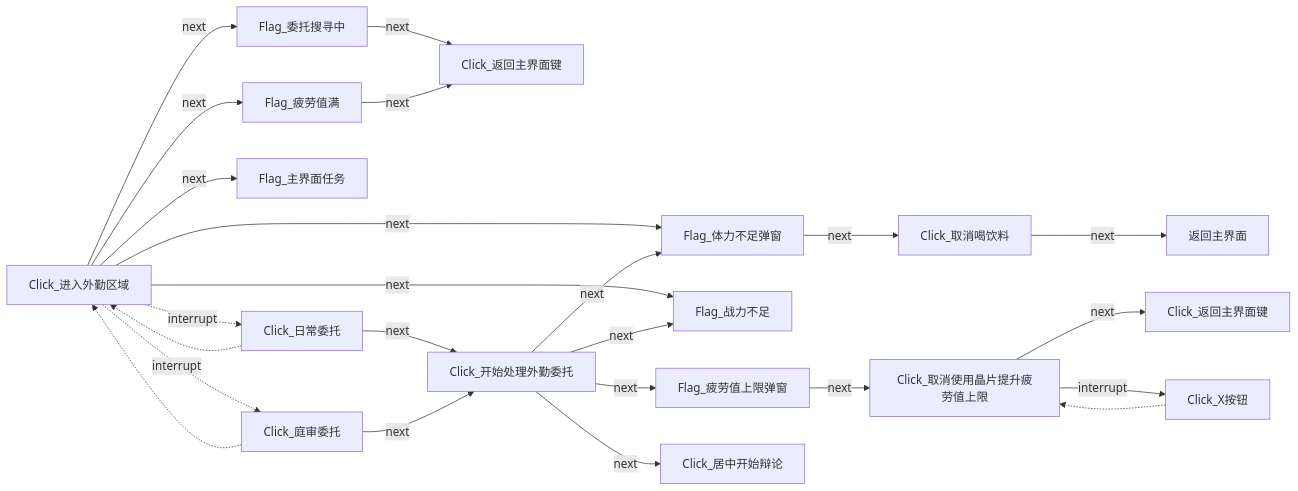
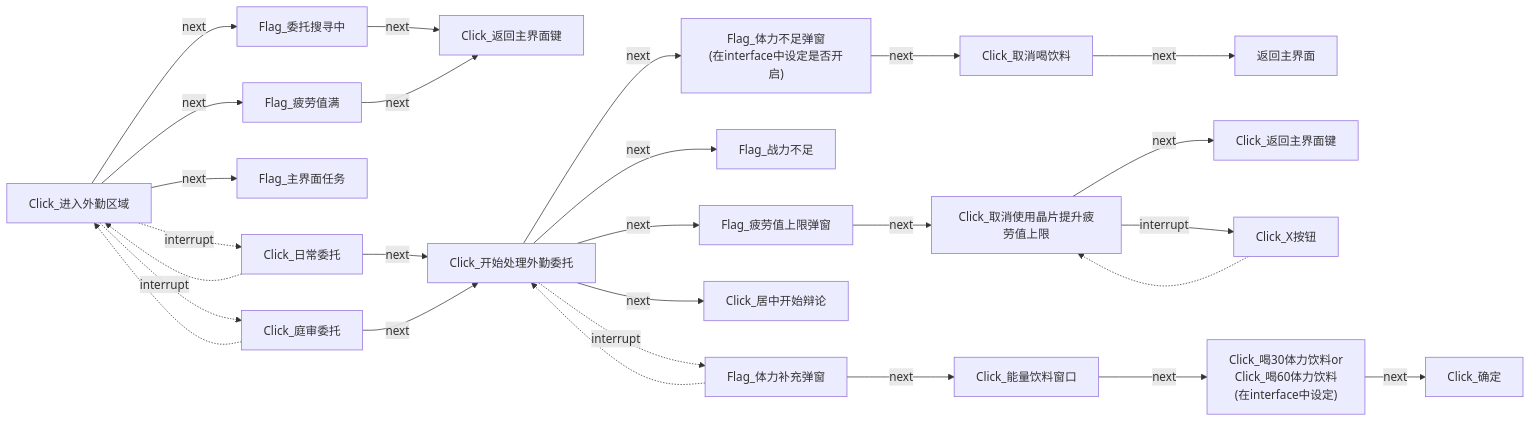
Diagram 22 of 24 in docs/zh_cn/Pipeline.md (Coxwtwo/MaaTOT), drawn with Mermaid before and after one commit. The commit also changed other lines of this file, not shown here.

Commit message:
docs：完善开发说明和流程图

````diff
--- a/docs/zh_cn/Pipeline.md
+++ b/docs/zh_cn/Pipeline.md
@@ -404,28 +479,32 @@
 ```mermaid
 flowchart LR
     n5["Click_进入外勤区域"] -->|next| n6["Flag_委托搜寻中"]
     n5 -->|next| n7["Flag_疲劳值满"]
-    n5 -->|next| n8["Flag_体力不足弹窗"]
-    n5 -->|next| n9["Flag_战力不足"]
     n5 -->|next| n10["Flag_主界面任务"]
     n5 -.->|interrupt| n11["Click_日常委托"]
     n11 -.-> n5
     n5 -.->|interrupt| n12["Click_庭审委托"]
     n12 -.-> n5
     n6 -->|next| n13["Click_返回主界面键"]
     n7 -->|next| n13
     n8 -->|next| n14["Click_取消喝饮料"]
     n14 -->|next| n15["返回主界面"]
 
     n11 -->|next| n16["Click_开始处理外勤委托"]
     n12 -->|next| n16
-    n16 -->|next| n8
-    n16 -->|next| n9
+    n16 -->|next| n8["Flag_体力不足弹窗<br>(在interface中设定是否开启)"]
+    n16 -->|next| n9["Flag_战力不足"]
     n16 -->|next| n17["Flag_疲劳值上限弹窗"]
     n16 -->|next| n18["Click_居中开始辩论"]
+    n16 -.->|interrupt| z["Flag_体力补充弹窗"]
+    z -.-> n16
 
     n17 -->|next| n19["Click_取消使用晶片提升疲劳值上限"]
     n19 -->|next| n20["Click_返回主界面键"]
     n19 -->|interrupt| n21["Click_X按钮"]
     n21 -.-> n19
+
+    z -->|next| z1["Click_能量饮料窗口"]
+    z1 -->|next| z2["Click_喝30体力饮料or<br>Click_喝60体力饮料<br>(在interface中设定)"]
+    z2 -->|next| z3["Click_确定"]
 ```
````
